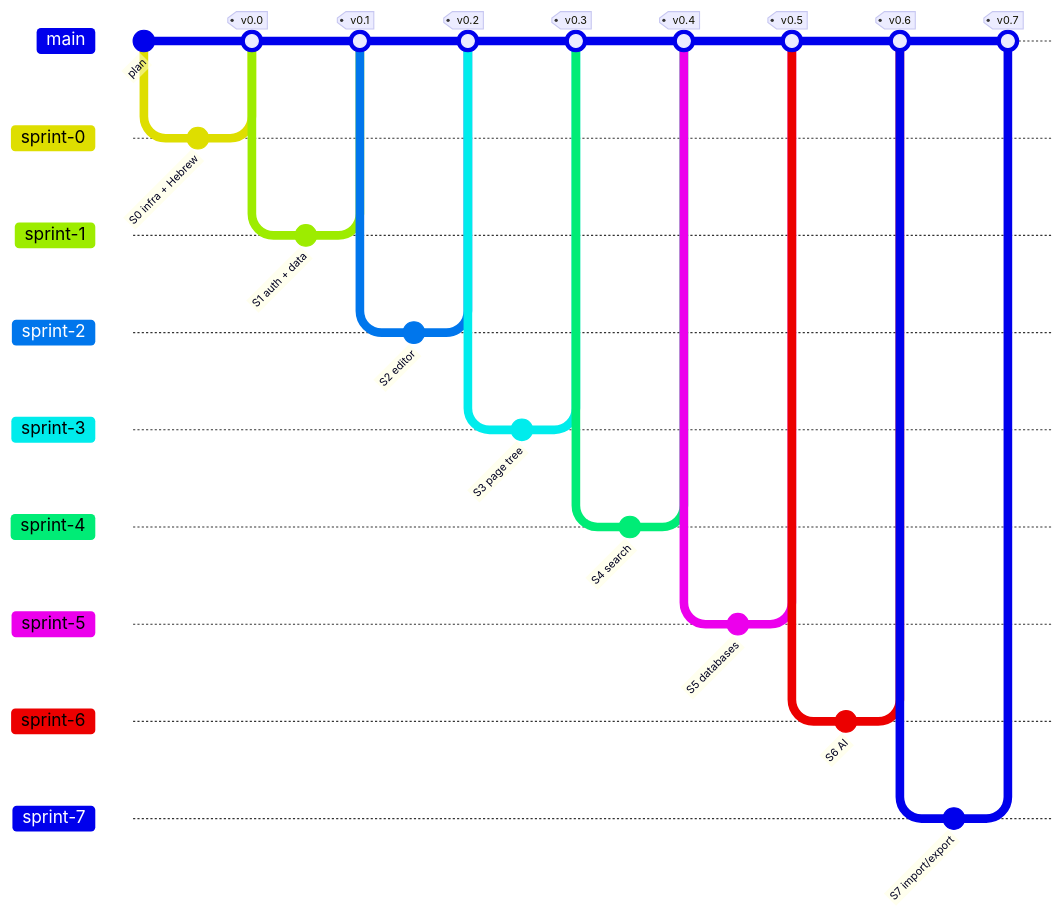
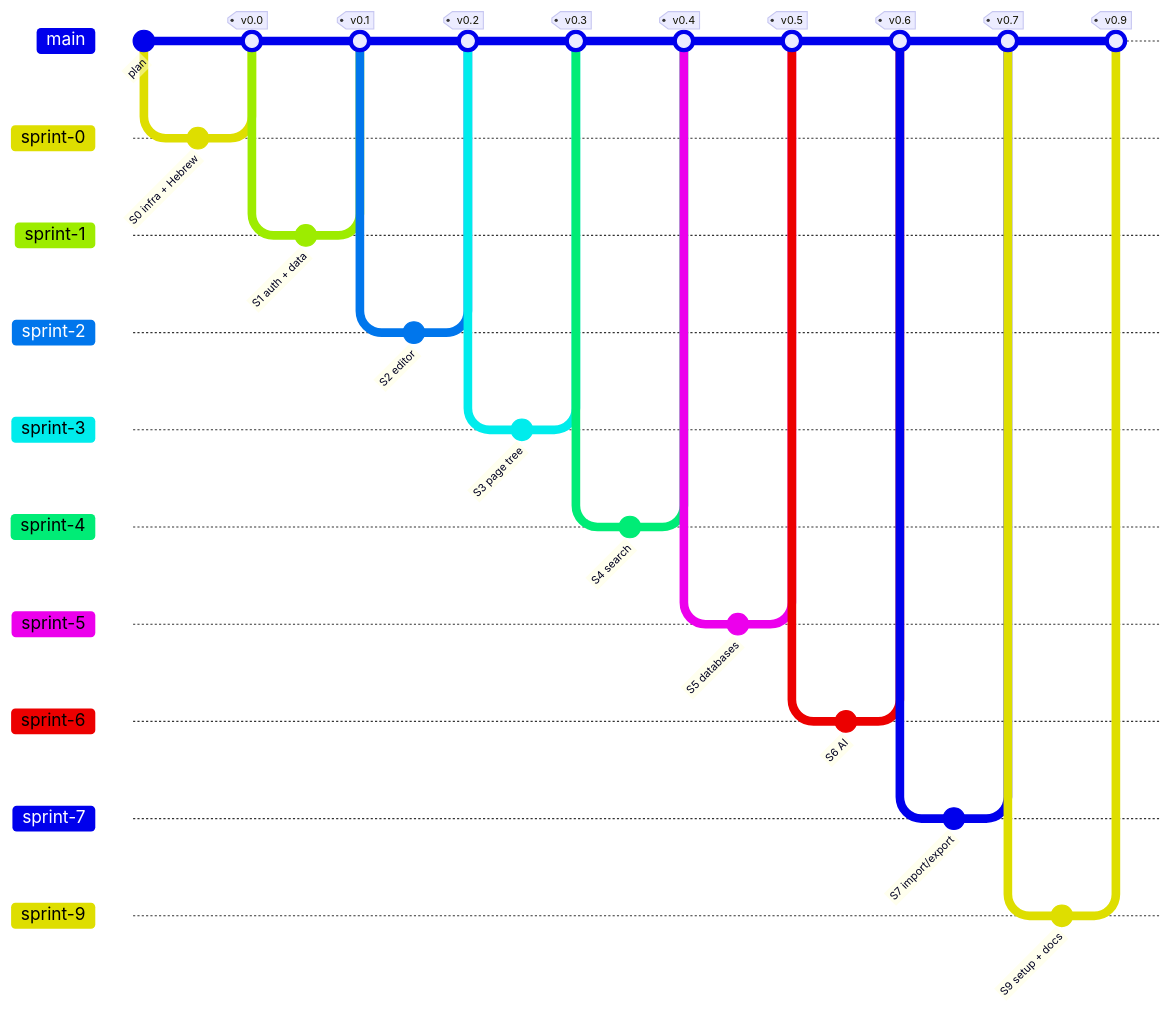
The diagram in README.md (liormedan/mynoteai), drawn with Mermaid before and after one commit. The commit also changed other lines of this file and 2 other files, not shown here.

````diff
--- a/README.md
+++ b/README.md
@@ -38,36 +39,40 @@
 ```mermaid
 gitGraph
   commit id: "plan"
   branch sprint-0
   commit id: "S0 infra + Hebrew"
   checkout main
   merge sprint-0 tag: "v0.0"
   branch sprint-1
   commit id: "S1 auth + data"
   checkout main
   merge sprint-1 tag: "v0.1"
   branch sprint-2
   commit id: "S2 editor"
   checkout main
   merge sprint-2 tag: "v0.2"
   branch sprint-3
   commit id: "S3 page tree"
   checkout main
   merge sprint-3 tag: "v0.3"
   branch sprint-4
   commit id: "S4 search"
   checkout main
   merge sprint-4 tag: "v0.4"
   branch sprint-5
   commit id: "S5 databases"
   checkout main
   merge sprint-5 tag: "v0.5"
   branch sprint-6
   commit id: "S6 AI"
   checkout main
   merge sprint-6 tag: "v0.6"
   branch sprint-7
   commit id: "S7 import/export"
   checkout main
   merge sprint-7 tag: "v0.7"
+  branch sprint-9
+  commit id: "S9 setup + docs"
+  checkout main
+  merge sprint-9 tag: "v0.9"
 ```
````
